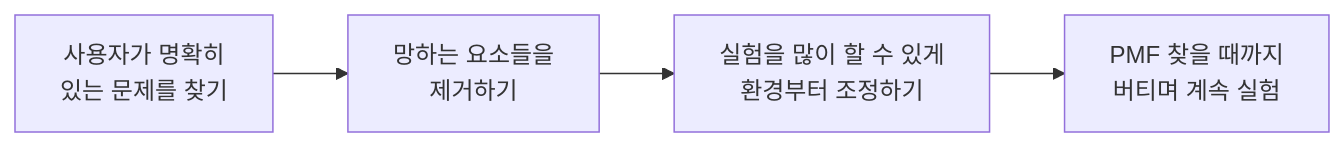
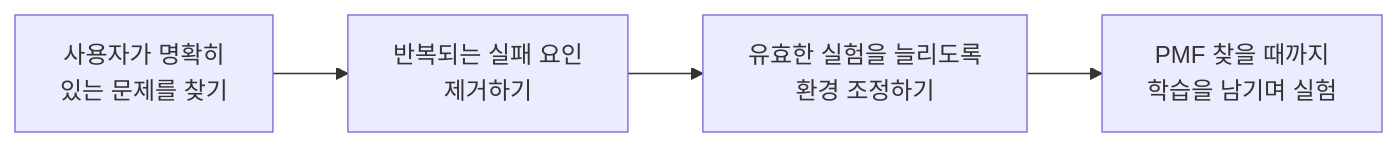
One commit to haandol/haandol.github.com changed the diagram in _posts/2026-06-27-failure-comes-first.md. Above: the diagram before and after it, drawn with Mermaid. The commit also changed other lines of this file and 1 other file, not shown here.

````diff
--- a/_posts/2026-06-27-failure-comes-first.md
+++ b/_posts/2026-06-27-failure-comes-first.md
@@ -94,6 +96,6 @@
 ```mermaid
 flowchart LR
-    A["사용자가 명확히<br/>있는 문제를 찾기"] --> B["망하는 요소들을<br/>제거하기"]
-    B --> C["실험을 많이 할 수 있게<br/>환경부터 조정하기"]
-    C --> D["PMF 찾을 때까지<br/>버티며 계속 실험"]
+    A["사용자가 명확히<br/>있는 문제를 찾기"] --> B["반복되는 실패 요인<br/>제거하기"]
+    B --> C["유효한 실험을 늘리도록<br/>환경 조정하기"]
+    C --> D["PMF 찾을 때까지<br/>학습을 남기며 실험"]
 ```
````
